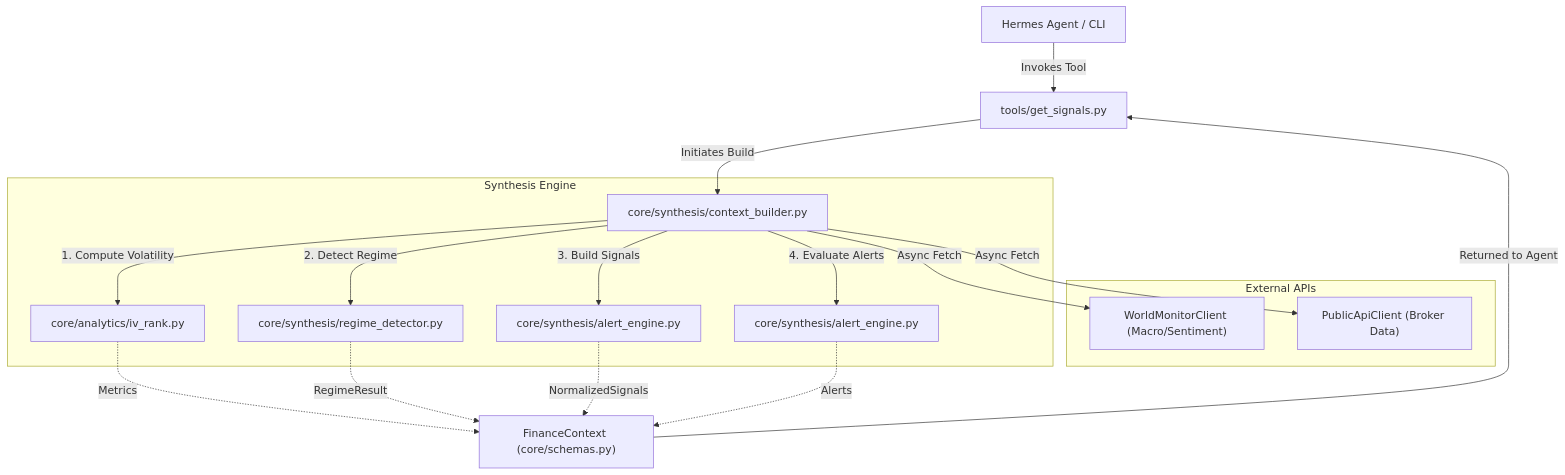
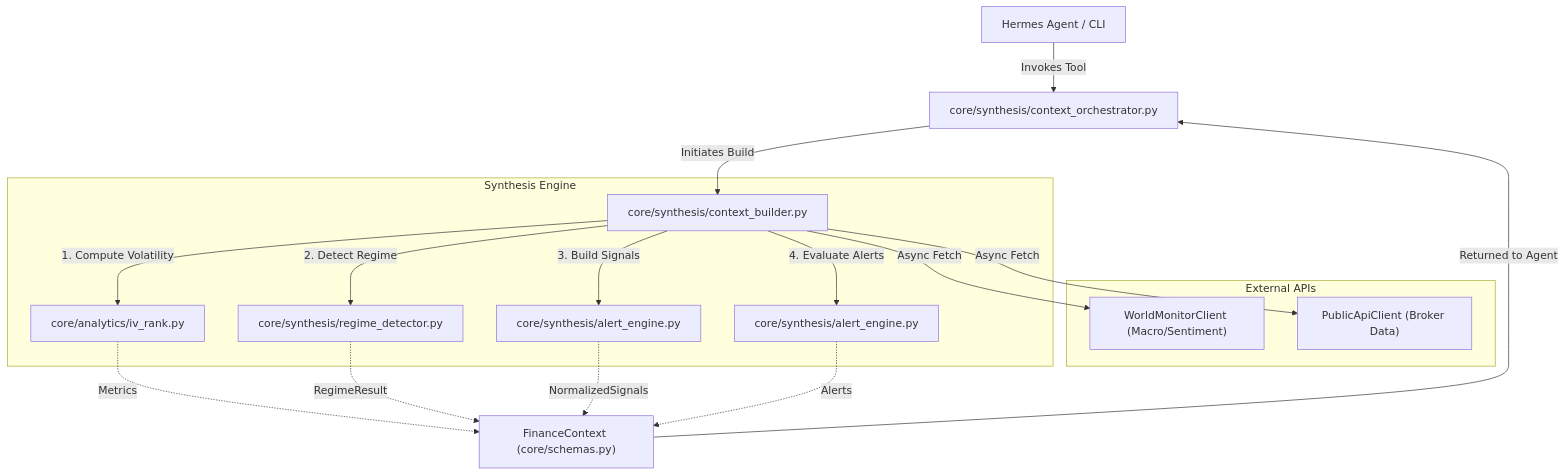
Before and after one commit to Of-Arte/Agent-Oculus: the first of 2 diagrams in README.md, drawn with Mermaid. The commit also changed other lines of this file and 4 other files, not shown here.

First line of the commit message:
refactor: move orchestration from tools/ into core/synthesis/

````diff
--- a/README.md
+++ b/README.md
@@ -76,33 +77,33 @@
 ```mermaid
 flowchart TD
     %% Triggers
-    Agent["Hermes Agent / CLI"] -->|"Invokes Tool"| ToolSignals["tools/get_signals.py"]
+    Agent["Hermes Agent / CLI"] -->|"Invokes Tool"| ToolSignals["core/synthesis/context_orchestrator.py"]
 
     %% Context Builder
     ToolSignals -->|"Initiates Build"| ContextBuilder["core/synthesis/context_builder.py"]
 
     %% API Clients
     subgraph External APIs
         WMClient["WorldMonitorClient (Macro/Sentiment)"]
         BrokerClient["PublicApiClient (Broker Data)"]
     end
 
     ContextBuilder -->|"Async Fetch"| WMClient
     ContextBuilder -->|"Async Fetch"| BrokerClient
 
     %% Synthesis Phase
     subgraph Synthesis Engine
         ContextBuilder -->|"1. Compute Volatility"| IVEngine["core/analytics/iv_rank.py"]
         ContextBuilder -->|"2. Detect Regime"| RegimeDetector["core/synthesis/regime_detector.py"]
         ContextBuilder -->|"3. Build Signals"| SignalNormalizer["core/synthesis/alert_engine.py"]
         ContextBuilder -->|"4. Evaluate Alerts"| AlertEngine["core/synthesis/alert_engine.py"]
     end
 
     %% Output
     IVEngine -.->|"Metrics"| FinanceContext["FinanceContext (core/schemas.py)"]
     RegimeDetector -.->|"RegimeResult"| FinanceContext
     SignalNormalizer -.->|"NormalizedSignals"| FinanceContext
     AlertEngine -.->|"Alerts"| FinanceContext
 
     FinanceContext -->|"Returned to Agent"| ToolSignals
 ```
````
